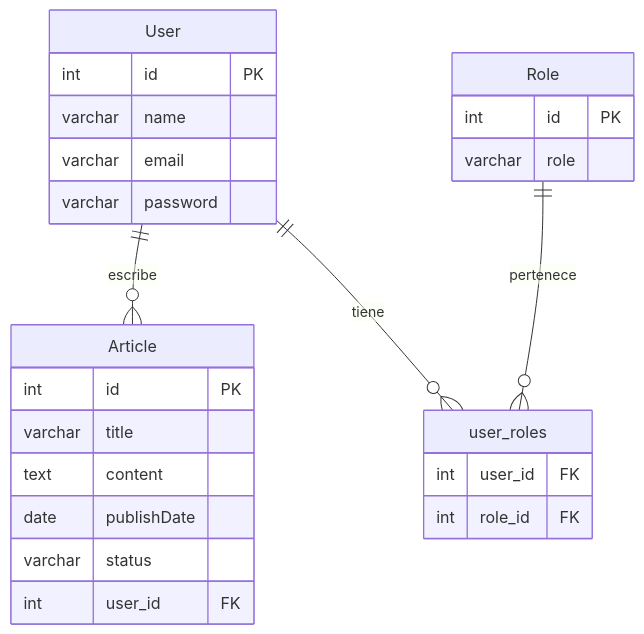
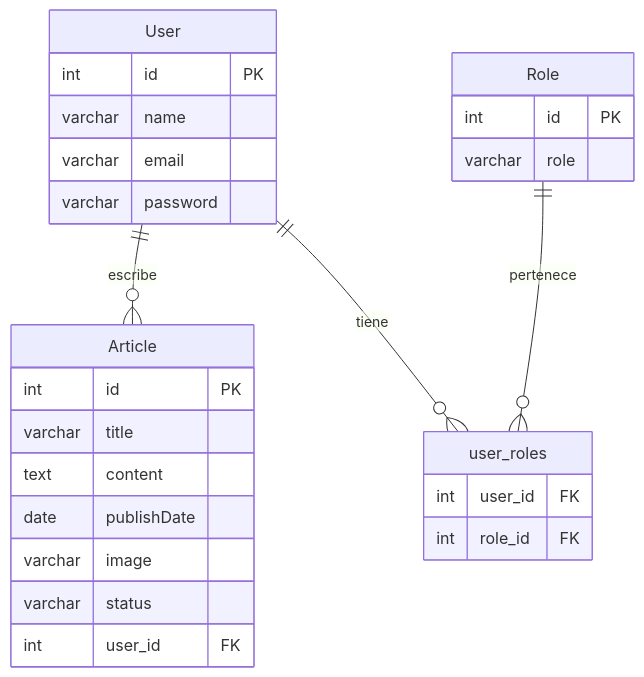
One commit to Periodico-Mundo-Tech-Team-3/mundo-tech changed the diagram in README.md. Above: the diagram before and after it, drawn with Mermaid.

````diff
--- a/README.md
+++ b/README.md
@@ -9,35 +9,36 @@
 ```mermaid
 erDiagram
   Article {
         int id PK
         varchar title
         text content
         date publishDate
+        varchar image
         varchar status
         int user_id FK
     }
 
     User {
         int id PK
         varchar name
         varchar email
         varchar password
     }
 
     Role {
         int id PK
         varchar role
     }
 
   
 
     user_roles {
         int user_id FK
         int role_id FK
     }
 
     User ||--o{ Article : escribe
     User ||--o{ user_roles : tiene
     Role ||--o{ user_roles : pertenece
     
 ```
````
